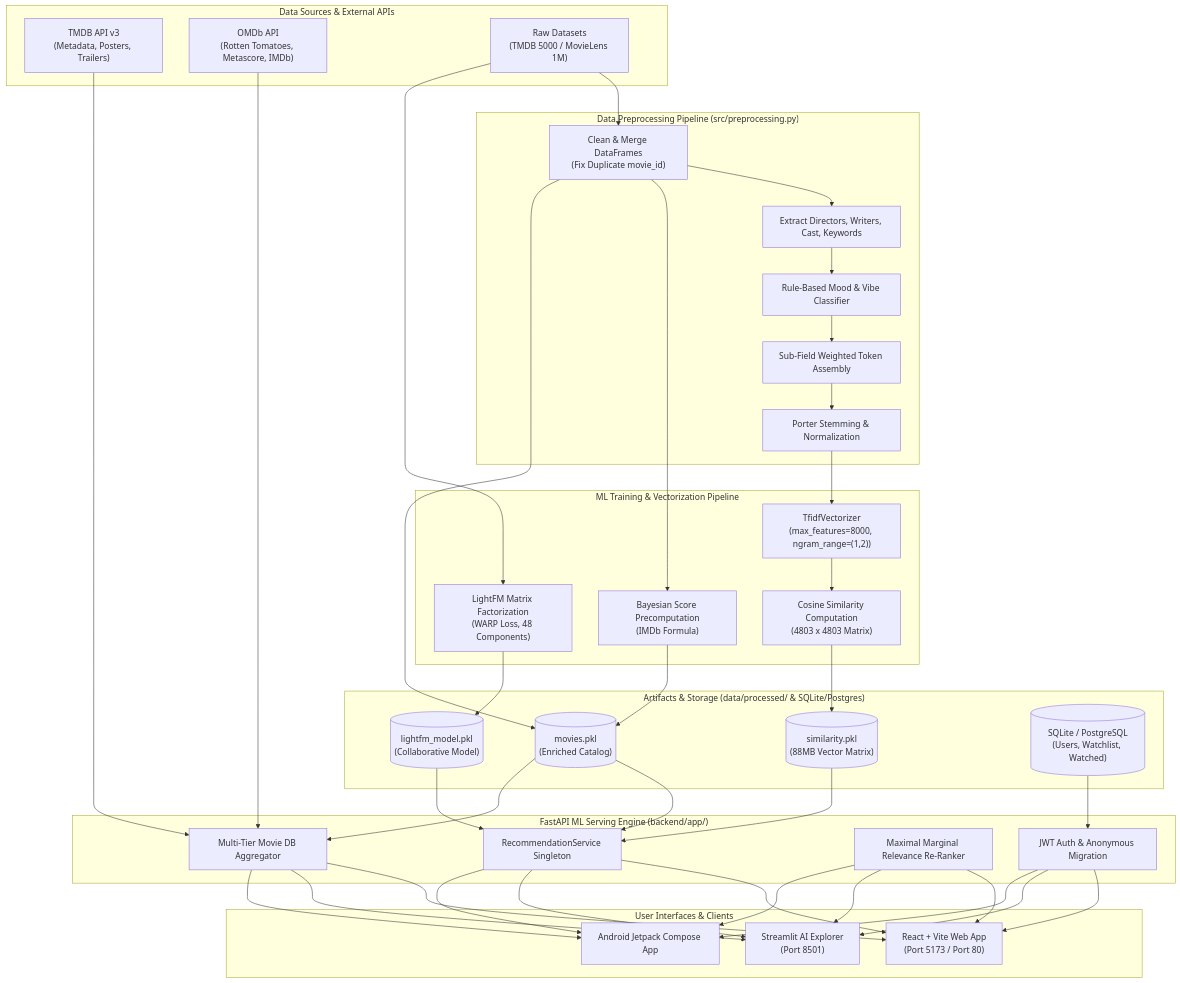
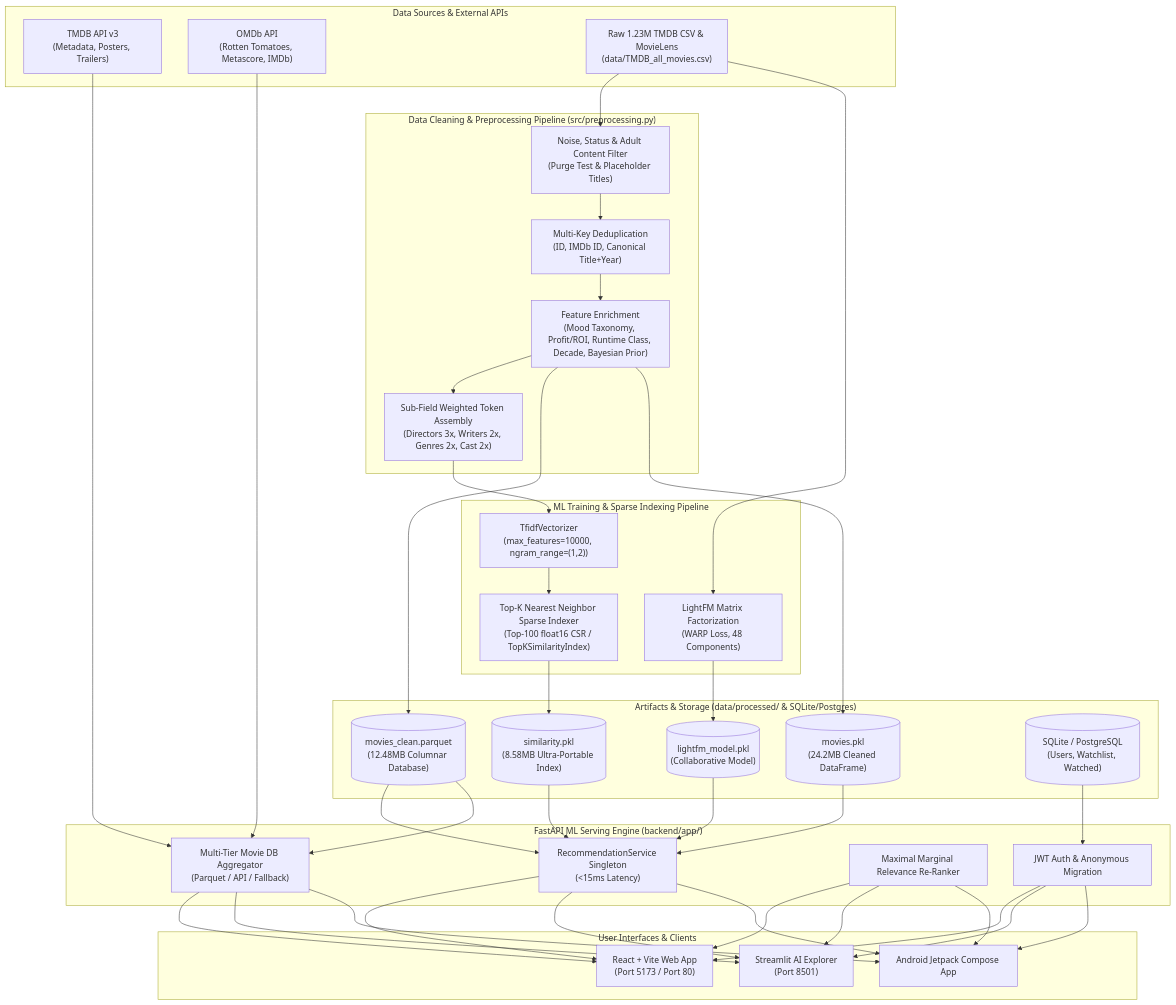
Before and after one commit to as-repo1/movie-recommendation-system: the diagram in IMPROVEMENTS_AND_ARCHITECTURE.md, drawn with Mermaid. The commit also changed other lines of this file and 12 other files, not shown here.

First line of the commit message:
feat(ml): enterprise data cleaning, portable Top-K sparse index, and parquet catalog integration

````diff
--- a/IMPROVEMENTS_AND_ARCHITECTURE.md
+++ b/IMPROVEMENTS_AND_ARCHITECTURE.md
@@ -51,60 +58,54 @@
 ```mermaid
 flowchart TD
     subgraph DataSources["Data Sources & External APIs"]
         TMDB["TMDB API v3<br>(Metadata, Posters, Trailers)"]
         OMDB["OMDb API<br>(Rotten Tomatoes, Metascore, IMDb)"]
-        RawCSV["Raw Datasets<br>(TMDB 5000 / MovieLens 1M)"]
+        RawCSV["Raw 1.23M TMDB CSV & MovieLens<br>(data/TMDB_all_movies.csv)"]
     end
 
-    subgraph Preprocessing["Data Preprocessing Pipeline (src/preprocessing.py)"]
-        CleanMerge["Clean & Merge DataFrames<br>(Fix Duplicate movie_id)"]
-        ExtractCrew["Extract Directors, Writers, Cast, Keywords"]
-        MoodTag["Rule-Based Mood & Vibe Classifier"]
-        WeightedTokens["Sub-Field Weighted Token Assembly"]
-        Stemming["Porter Stemming & Normalization"]
+    subgraph Preprocessing["Data Cleaning & Preprocessing Pipeline (src/preprocessing.py)"]
+        NoiseFilter["Noise, Status & Adult Content Filter<br>(Purge Test & Placeholder Titles)"]
+        Dedup["Multi-Key Deduplication<br>(ID, IMDb ID, Canonical Title+Year)"]
+        Enrichment["Feature Enrichment<br>(Mood Taxonomy, Profit/ROI, Runtime Class, Decade, Bayesian Prior)"]
+        WeightedTokens["Sub-Field Weighted Token Assembly<br>(Directors 3x, Writers 2x, Genres 2x, Cast 2x)"]
     end
 
-    subgraph MLTraining["ML Training & Vectorization Pipeline"]
-        TFIDF["TfidfVectorizer<br>(max_features=8000, ngram_range=(1,2))"]
-        CosSim["Cosine Similarity Computation<br>(4803 x 4803 Matrix)"]
+    subgraph MLTraining["ML Training & Sparse Indexing Pipeline"]
+        TFIDF["TfidfVectorizer<br>(max_features=10000, ngram_range=(1,2))"]
+        TopKIndex["Top-K Nearest Neighbor Sparse Indexer<br>(Top-100 float16 CSR / TopKSimilarityIndex)"]
         LightFM["LightFM Matrix Factorization<br>(WARP Loss, 48 Components)"]
-        Bayesian["Bayesian Score Precomputation<br>(IMDb Formula)"]
     end
 
     subgraph Storage["Artifacts & Storage (data/processed/ & SQLite/Postgres)"]
-        MoviesPKL[("movies.pkl<br>(Enriched Catalog)")]
-        SimPKL[("similarity.pkl<br>(88MB Vector Matrix)")]
+        MoviesPKL[("movies.pkl<br>(24.2MB Cleaned DataFrame)")]
+        SimPKL[("similarity.pkl<br>(8.58MB Ultra-Portable Index)")]
+        ParquetCat[("movies_clean.parquet<br>(12.48MB Columnar Database)")]
         LightFMPKL[("lightfm_model.pkl<br>(Collaborative Model)")]
         Database[("SQLite / PostgreSQL<br>(Users, Watchlist, Watched)")]
     end
 
     subgraph BackendEngine["FastAPI ML Serving Engine (backend/app/)"]
-        RecService["RecommendationService Singleton"]
-        MovieDB["Multi-Tier Movie DB Aggregator"]
+        RecService["RecommendationService Singleton<br>(<15ms Latency)"]
+        MovieDB["Multi-Tier Movie DB Aggregator<br>(Parquet / API / Fallback)"]
         MMR["Maximal Marginal Relevance Re-Ranker"]
         AuthService["JWT Auth & Anonymous Migration"]
     end
 
     subgraph Presentation["User Interfaces & Clients"]
         ReactWeb["React + Vite Web App<br>(Port 5173 / Port 80)"]
         StreamlitApp["Streamlit AI Explorer<br>(Port 8501)"]
         AndroidApp["Android Jetpack Compose App"]
     end
 
-    RawCSV --> CleanMerge
-    CleanMerge --> ExtractCrew --> MoodTag --> WeightedTokens --> Stemming
-    Stemming --> TFIDF --> CosSim
-    RawCSV --> LightFM
-    CleanMerge --> Bayesian
+    RawCSV --> NoiseFilter --> Dedup --> Enrichment --> WeightedTokens
+    Enrichment --> ParquetCat
+    WeightedTokens --> TFIDF --> TopKIndex --> SimPKL
+    Enrichment --> MoviesPKL
+    RawCSV --> LightFM --> LightFMPKL
 
-    CosSim --> SimPKL
-    CleanMerge --> MoviesPKL
-    LightFM --> LightFMPKL
-    Bayesian --> MoviesPKL
-
-    MoviesPKL & SimPKL & LightFMPKL --> RecService
+    MoviesPKL & SimPKL & LightFMPKL & ParquetCat --> RecService
     Database --> AuthService
-    TMDB & OMDB & MoviesPKL --> MovieDB
+    TMDB & OMDB & ParquetCat --> MovieDB
 
     RecService & MovieDB & MMR & AuthService --> ReactWeb & StreamlitApp & AndroidApp
 ```
````
